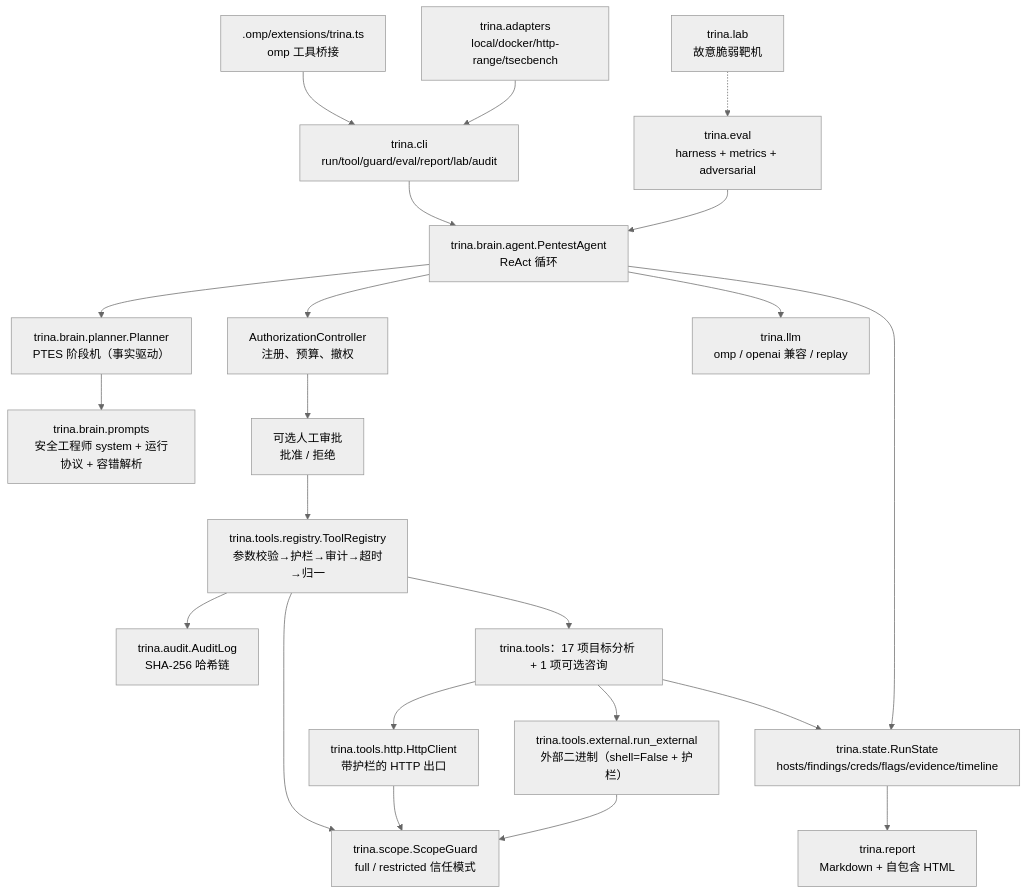
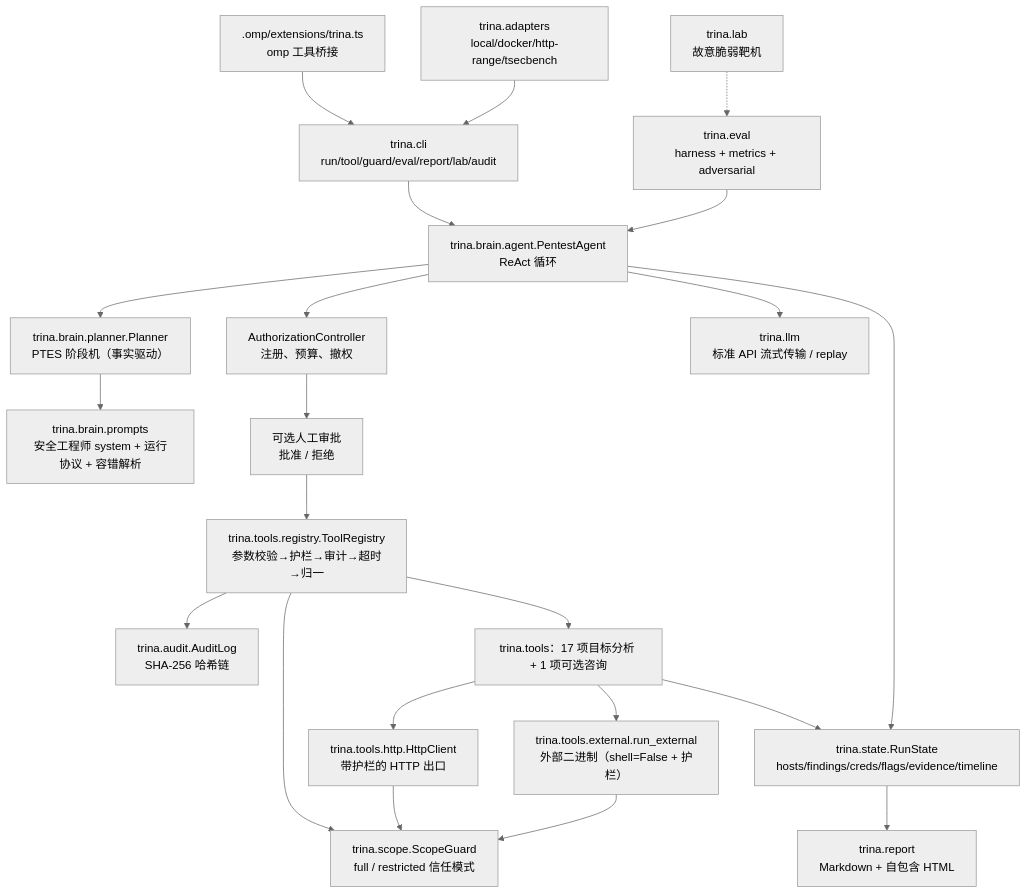
Before and after one commit to YHalo-wyh/Trina: the diagram in docs/ARCHITECTURE.md, drawn with Mermaid (neutral theme). The commit also changed other lines of this file and 75 other files, not shown here.

````diff
--- a/docs/ARCHITECTURE.md
+++ b/docs/ARCHITECTURE.md
@@ -11,39 +11,39 @@
 ```mermaid
 flowchart TB
     CLI["trina.cli<br/>run/tool/guard/eval/report/lab/audit"]
     OMPEXT[".omp/extensions/trina.ts<br/>omp 工具桥接"]
     AGENT["trina.brain.agent.PentestAgent<br/>ReAct 循环"]
     PLANNER["trina.brain.planner.Planner<br/>PTES 阶段机（事实驱动）"]
     PROMPTS["trina.brain.prompts<br/>安全工程师 system + 运行协议 + 容错解析"]
     POLICY["AuthorizationController<br/>注册、预算、撤权"]
     APPROVAL["可选人工审批<br/>批准 / 拒绝"]
     REG["trina.tools.registry.ToolRegistry<br/>参数校验→护栏→审计→超时→归一"]
     GUARD["trina.scope.ScopeGuard<br/>full / restricted 信任模式"]
     AUDIT["trina.audit.AuditLog<br/>SHA-256 哈希链"]
     STATE["trina.state.RunState<br/>hosts/findings/creds/flags/evidence/timeline"]
     TOOLS["trina.tools：17 项目标分析 + 1 项可选咨询"]
     HTTP["trina.tools.http.HttpClient<br/>带护栏的 HTTP 出口"]
     EXT["trina.tools.external.run_external<br/>外部二进制（shell=False + 护栏）"]
-    LLM["trina.llm<br/>omp / openai 兼容 / replay"]
+    LLM["trina.llm<br/>标准 API 流式传输 / replay"]
     ADAPT["trina.adapters<br/>local/docker/http-range/tsecbench"]
     EVAL["trina.eval<br/>harness + metrics + adversarial"]
     LAB["trina.lab<br/>故意脆弱靶机"]
     REPORT["trina.report<br/>Markdown + 自包含 HTML"]
 
     CLI --> AGENT
     OMPEXT --> CLI
     AGENT --> PLANNER --> PROMPTS
     AGENT --> LLM
     AGENT --> POLICY --> APPROVAL --> REG
     REG --> GUARD
     REG --> AUDIT
     REG --> TOOLS
     TOOLS --> HTTP --> GUARD
     TOOLS --> EXT --> GUARD
     TOOLS --> STATE
     AGENT --> STATE
     STATE --> REPORT
     ADAPT --> CLI
     EVAL --> AGENT
     LAB -.-> EVAL
 ```
````
